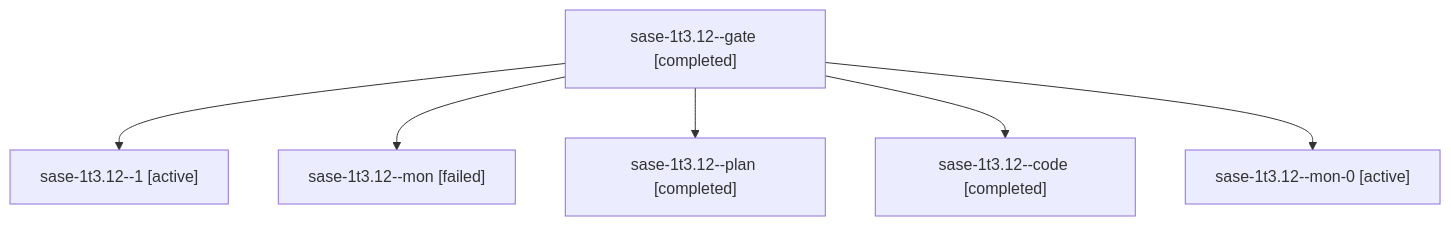
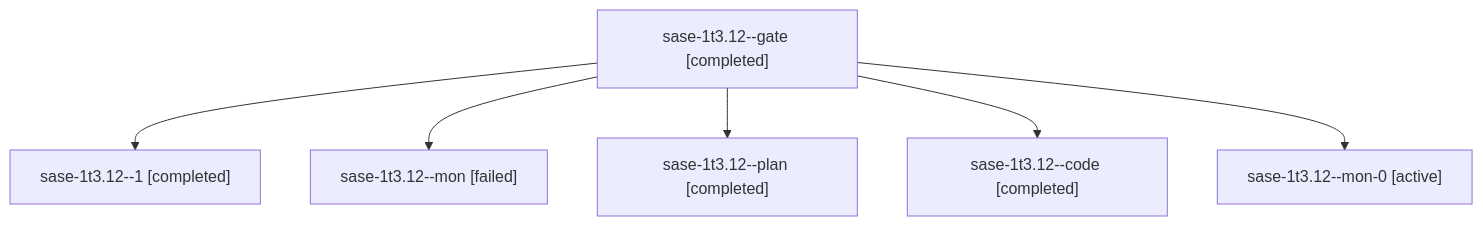
Before and after one commit to sase-org/sase--agents: the diagram in sessions/bbugyi200.athena.sase-1t3.12.md, drawn with Mermaid. The commit also changed other lines of this file and 57 other files, not shown here.

````diff
--- a/sessions/bbugyi200.athena.sase-1t3.12.md
+++ b/sessions/bbugyi200.athena.sase-1t3.12.md
@@ -9,14 +9,14 @@
 ```mermaid
 flowchart TD
   n0["sase-1t3.12--gate [completed]"]
-  n1["sase-1t3.12--1 [active]"]
+  n1["sase-1t3.12--1 [completed]"]
   n0 --> n1
   n2["sase-1t3.12--mon [failed]"]
   n0 --> n2
   n3["sase-1t3.12--plan [completed]"]
   n0 --> n3
   n4["sase-1t3.12--code [completed]"]
   n0 --> n4
   n5["sase-1t3.12--mon-0 [active]"]
   n0 --> n5
 ```
````
